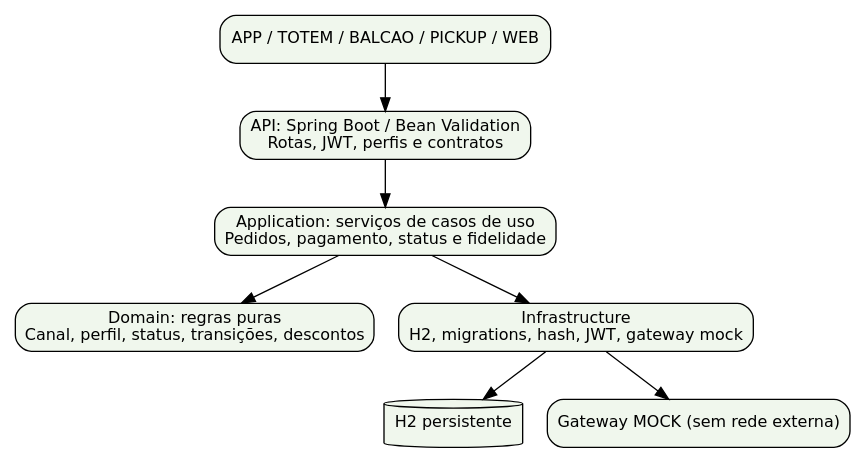
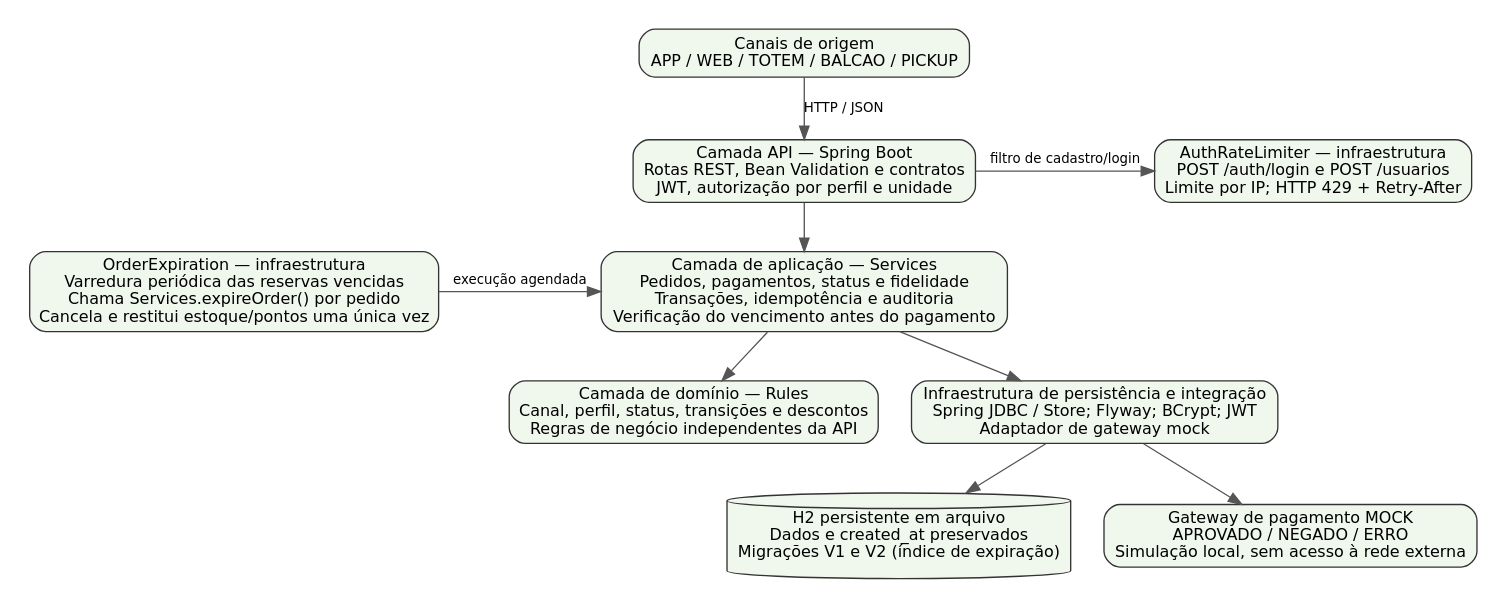
Before and after one commit to jefersonrivaldo/raizes-do-nordeste: the diagram in docs/diagramas/arquitetura.dot, drawn with Graphviz. The commit also changed 20 other files, not shown here.

```diff
--- a/docs/diagramas/arquitetura.dot
+++ b/docs/diagramas/arquitetura.dot
@@ -1,11 +1,26 @@
 digraph Arquitetura {
- graph [rankdir=TB,bgcolor="white"]; node [shape=box,fontname="DejaVu Sans",fontsize=12,style="rounded,filled",fillcolor="#f0f7ed"];
- canais [label="APP / TOTEM / BALCAO / PICKUP / WEB"];
- api [label="API: Spring Boot / Bean Validation\nRotas, JWT, perfis e contratos"];
- application [label="Application: serviços de casos de uso\nPedidos, pagamento, status e fidelidade"];
- domain [label="Domain: regras puras\nCanal, perfil, status, transições, descontos"];
- infra [label="Infrastructure\nH2, migrations, hash, JWT, gateway mock"];
- db [shape=cylinder,label="H2 persistente"];
- gateway [label="Gateway MOCK (sem rede externa)"];
- canais -> api;api -> application;application -> domain;application -> infra;infra -> db;infra -> gateway;
+  graph [rankdir=TB, bgcolor="white", pad=0.2, nodesep=0.35, ranksep=0.5];
+  node [shape=box, fontname="DejaVu Sans", fontsize=12, style="rounded,filled", fillcolor="#f0f7ed", color="#333333"];
+  edge [fontname="DejaVu Sans", fontsize=10, color="#555555"];
+  canais [label="Canais de origem\nAPP / WEB / TOTEM / BALCAO / PICKUP"];
+  api [label="Camada API — Spring Boot\nRotas REST, Bean Validation e contratos\nJWT, autorização por perfil e unidade"];
+  limiter [label="AuthRateLimiter — infraestrutura\nPOST /auth/login e POST /usuarios\nLimite por IP; HTTP 429 + Retry-After"];
+  application [label="Camada de aplicação — Services\nPedidos, pagamentos, status e fidelidade\nTransações, idempotência e auditoria\nVerificação do vencimento antes do pagamento"];
+  expiration [label="OrderExpiration — infraestrutura\nVarredura periódica das reservas vencidas\nChama Services.expireOrder() por pedido\nCancela e restitui estoque/pontos uma única vez"];
+  domain [label="Camada de domínio — Rules\nCanal, perfil, status, transições e descontos\nRegras de negócio independentes da API"];
+  infra [label="Infraestrutura de persistência e integração\nSpring JDBC / Store; Flyway; BCrypt; JWT\nAdaptador de gateway mock"];
+  db [shape=cylinder, style=filled, label="H2 persistente em arquivo\nDados e created_at preservados\nMigrações V1 e V2 (índice de expiração)"];
+  gateway [label="Gateway de pagamento MOCK\nAPROVADO / NEGADO / ERRO\nSimulação local, sem acesso à rede externa"];
+  canais -> api [label="HTTP / JSON"];
+  api -> limiter [label="filtro de cadastro/login"];
+  api -> application;
+  expiration -> application [label="execução agendada"];
+  application -> domain;
+  application -> infra;
+  infra -> db;
+  infra -> gateway;
+  {rank=same; api; limiter;}
+  {rank=same; application; expiration;}
+  {rank=same; domain; infra;}
+  {rank=same; db; gateway;}
 }
```
